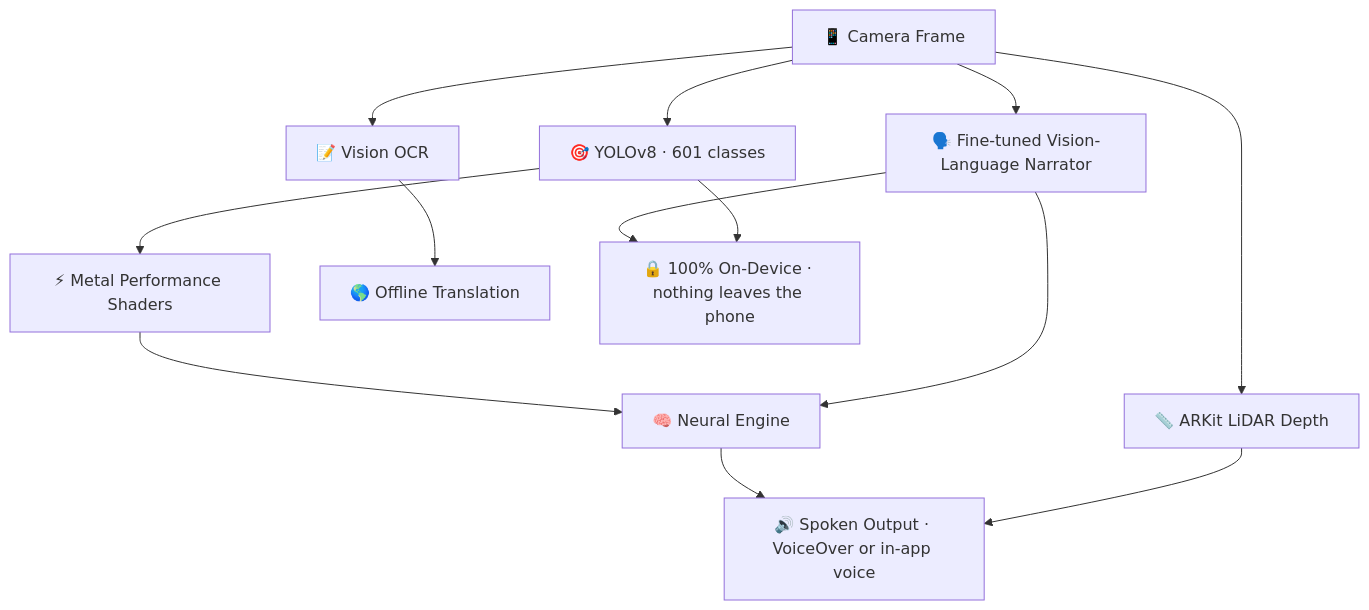
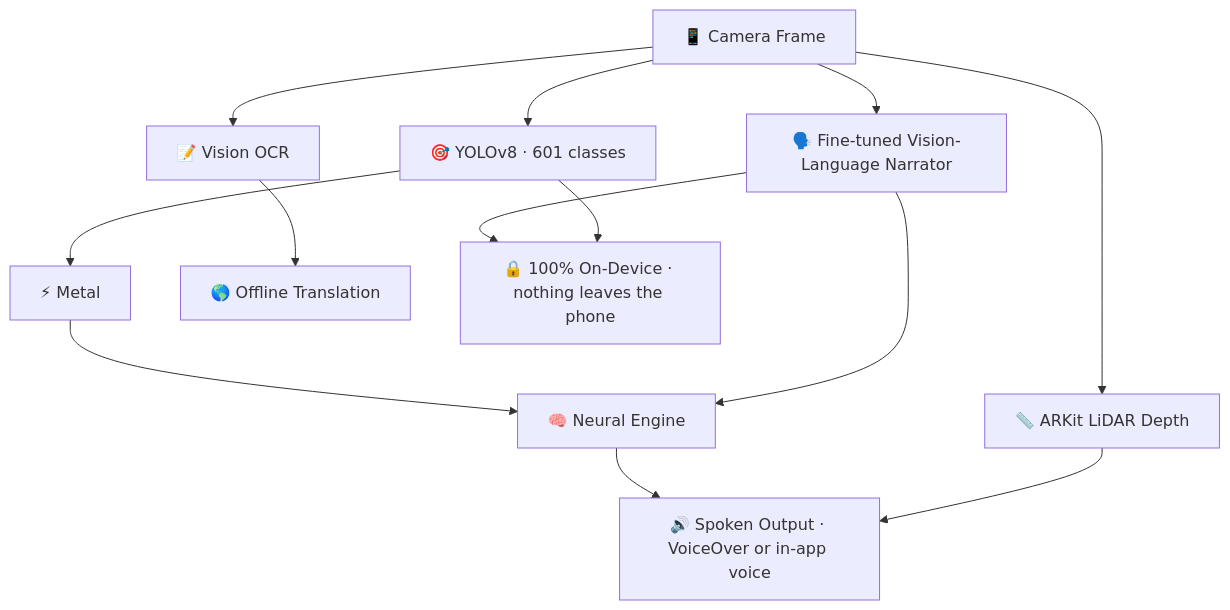
The diagram in README.md (nicedreamzapp/RealTimeAICam), drawn with Mermaid before and after one commit. The commit also changed other lines of this file, not shown here.

````diff
--- a/README.md
+++ b/README.md
@@ -142,17 +174,17 @@
 ```mermaid
 graph TB
     A[📱 Camera Frame] --> B[🎯 YOLOv8 · 601 classes]
     A --> C[📝 Vision OCR]
     A --> D[🗣️ Fine-tuned Vision-Language Narrator]
     A --> H[📏 ARKit LiDAR Depth]
 
-    B --> E[⚡ Metal Performance Shaders]
+    B --> E[⚡ Metal]
     C --> G[🌎 Offline Translation]
     E --> F[🧠 Neural Engine]
     D --> F
     F --> I[🔊 Spoken Output · VoiceOver or in-app voice]
     H --> I
 
     D --> J[🔒 100% On-Device · nothing leaves the phone]
     B --> J
 ```
````
